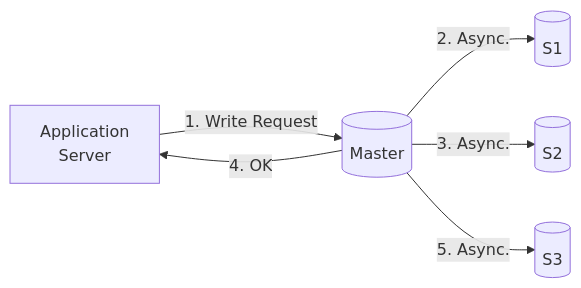
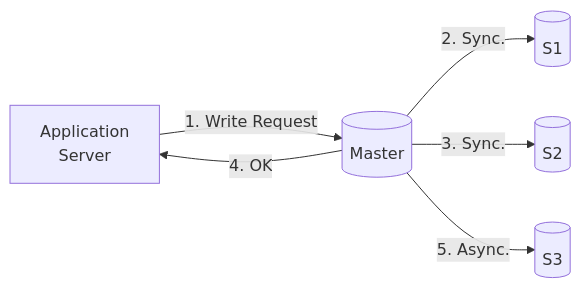
Before and after one commit to Chitlangia-Vedant/Obsidian: the third of 4 diagrams in System Design/13. Master-Slave Architecture.md, drawn with Mermaid. The commit also changed other lines of this file, not shown here.

````diff
--- a/System Design/13. Master-Slave Architecture.md
+++ b/System Design/13. Master-Slave Architecture.md
@@ -73,18 +74,18 @@
 ```mermaid
 flowchart LR
 AS[Application 
 Server]
 Master[(Master)]
 
 AS -->|"1. Write Request"| Master
 Master -->|"4. OK"| AS
 
 S1[(S1)]
 S2[(S2)]
 S3[(S3)]
 
 
-Master -->|"2. Async."| S1
-Master -->|"3. Async."| S2
+Master -->|"2. Sync."| S1
+Master -->|"3. Sync."| S2
 Master -->|"5. Async."| S3
 ```
````
